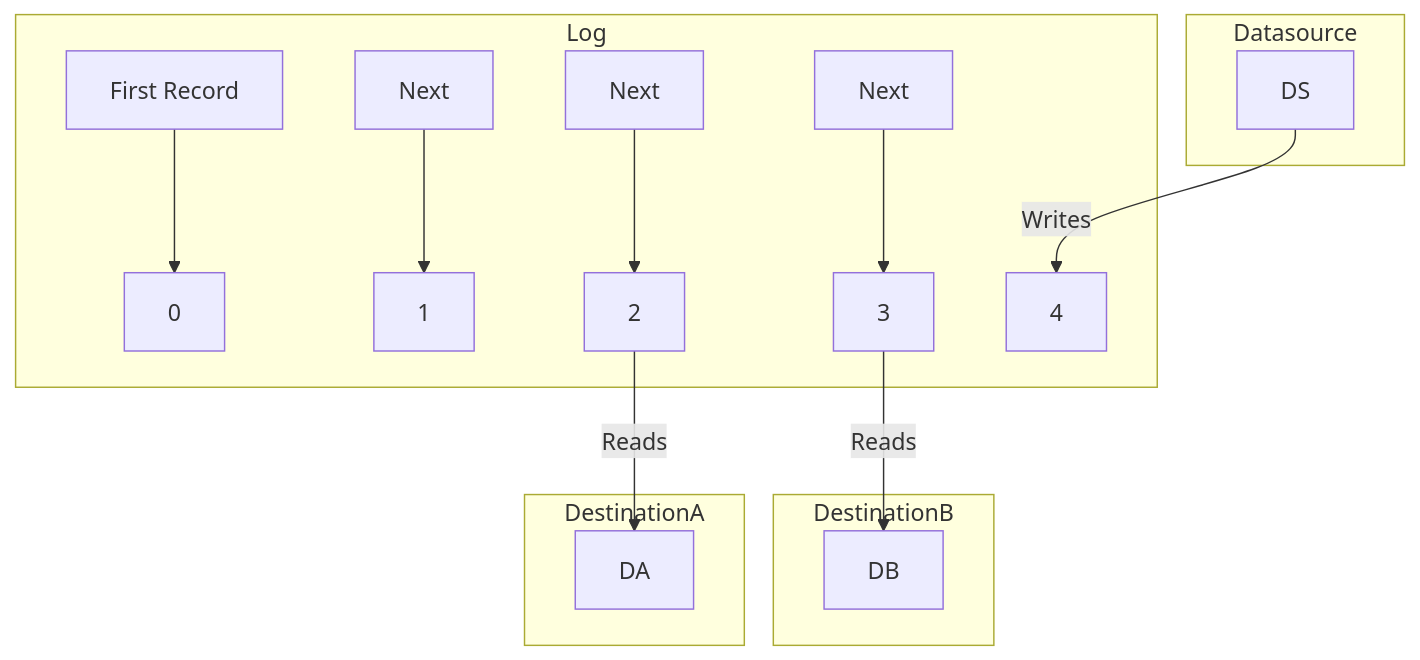
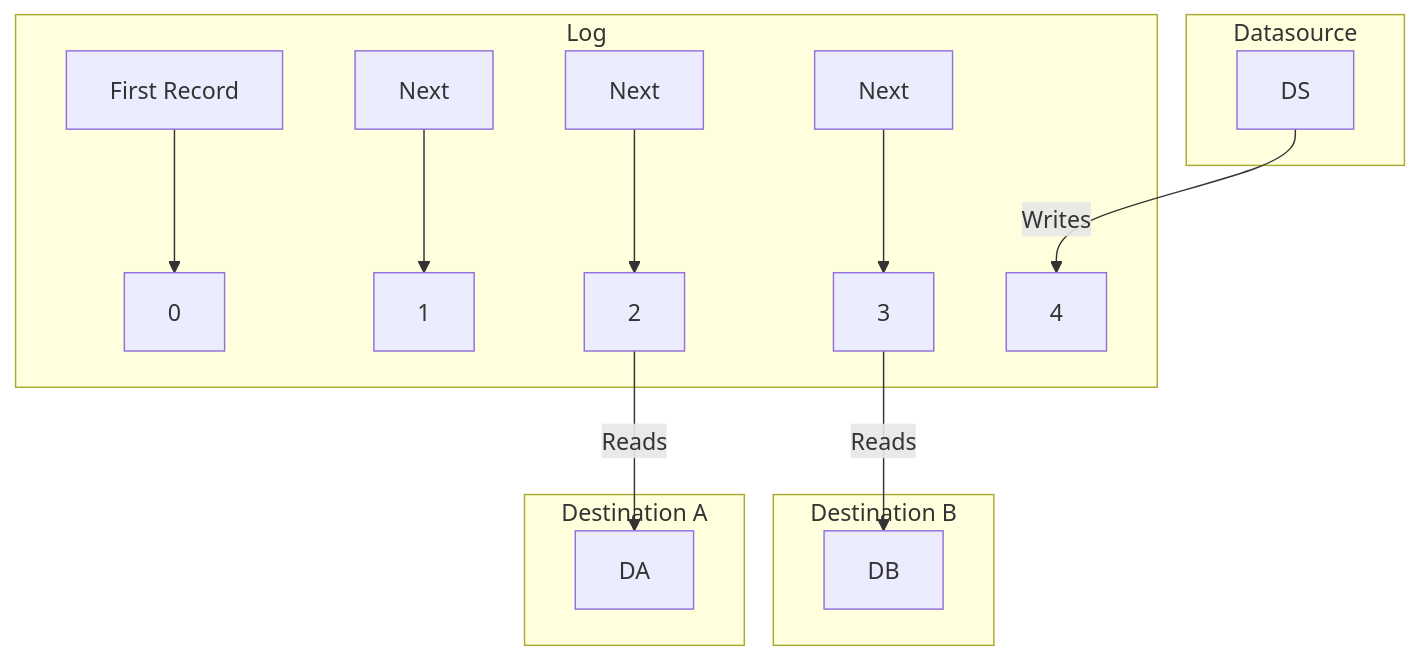
Before and after one commit to vikrampawar/learn-kafka: the fifth of 9 diagrams in pages/ILoveLogsApacheKafkaAndRealTimeDataIntegration.md, drawn with Mermaid. The commit also changed other lines of this file, not shown here.

````diff
--- a/pages/ILoveLogsApacheKafkaAndRealTimeDataIntegration.md
+++ b/pages/ILoveLogsApacheKafkaAndRealTimeDataIntegration.md
@@ -287,30 +277,30 @@
 ```mermaid
 flowchart TD
     F[First Record]
     0
     1
     2
     3
     4
 
     subgraph Datasource
         DS
     end
-    subgraph DestinationB
+    subgraph Destination B
         DB
     end
-    subgraph DestinationA
+    subgraph Destination A
         DA
     end
 
     subgraph Log
         F --> 0
         N1[Next] --> 1
         N2[Next] --> 2
         2 --> |Reads | DA
         N3[Next] --> 3
         3 --> |Reads | DB
         DS --> |Writes | 4
 
     end
 ```
````
